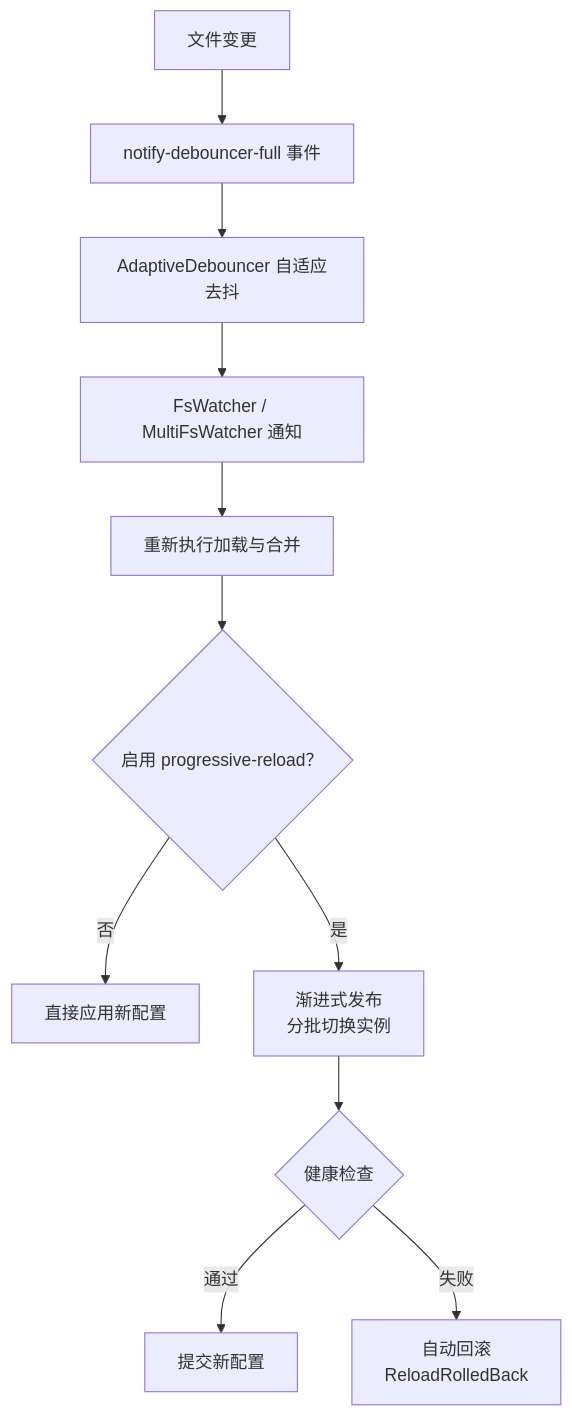
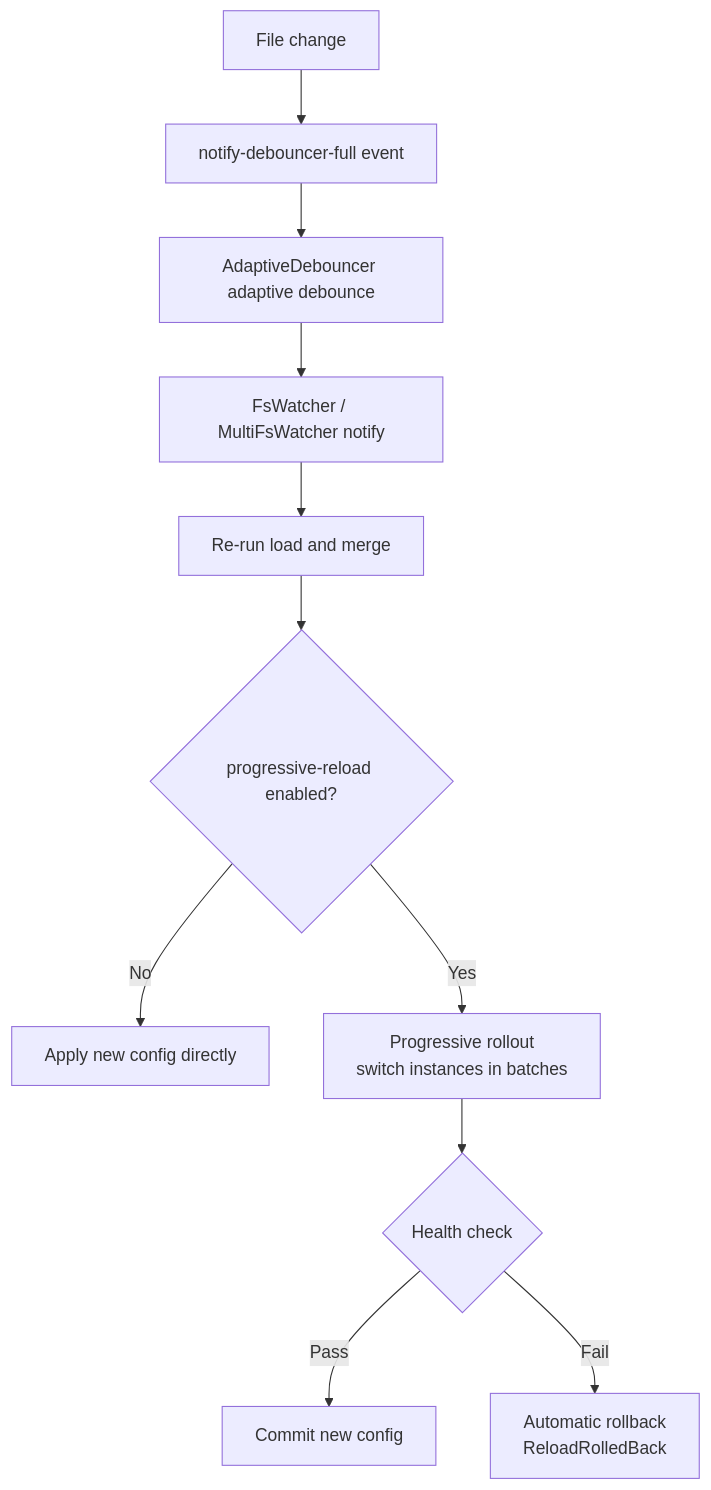
Before and after one commit to Kirky-X/confers: the second of 2 diagrams in docs/en/ARCHITECTURE.md, drawn with Mermaid. The commit also changed other lines of this file and 16 other files, not shown here.

````diff
--- a/docs/en/ARCHITECTURE.md
+++ b/docs/en/ARCHITECTURE.md
@@ -163,13 +163,13 @@
 ```mermaid
 graph TD
-    A["文件变更"] --> B["notify-debouncer-full 事件"]
-    B --> C["AdaptiveDebouncer 自适应去抖"]
-    C --> D["FsWatcher / MultiFsWatcher 通知"]
-    D --> E["重新执行加载与合并"]
-    E --> F{"启用 progressive-reload？"}
-    F -->|否| G["直接应用新配置"]
-    F -->|是| H["渐进式发布<br/>分批切换实例"]
-    H --> I{"健康检查"}
-    I -->|通过| J["提交新配置"]
-    I -->|失败| K["自动回滚<br/>ReloadRolledBack"]
+    A["File change"] --> B["notify-debouncer-full event"]
+    B --> C["AdaptiveDebouncer adaptive debounce"]
+    C --> D["FsWatcher / MultiFsWatcher notify"]
+    D --> E["Re-run load and merge"]
+    E --> F{"progressive-reload enabled?"}
+    F -->|No| G["Apply new config directly"]
+    F -->|Yes| H["Progressive rollout<br/>switch instances in batches"]
+    H --> I{"Health check"}
+    I -->|Pass| J["Commit new config"]
+    I -->|Fail| K["Automatic rollback<br/>ReloadRolledBack"]
 ```
````
